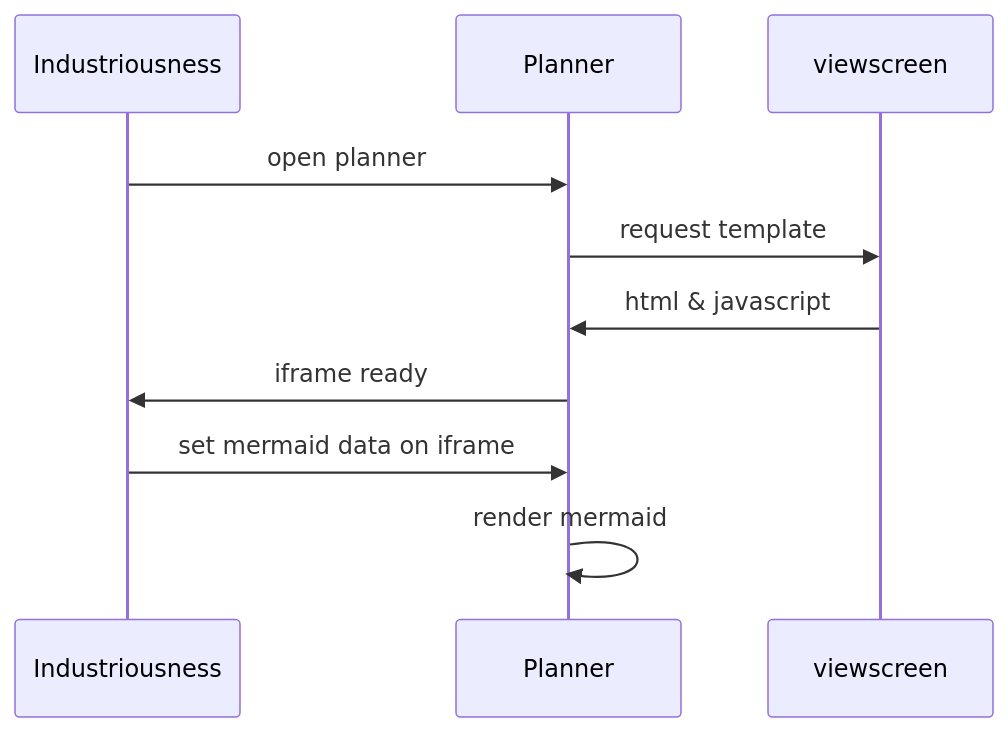
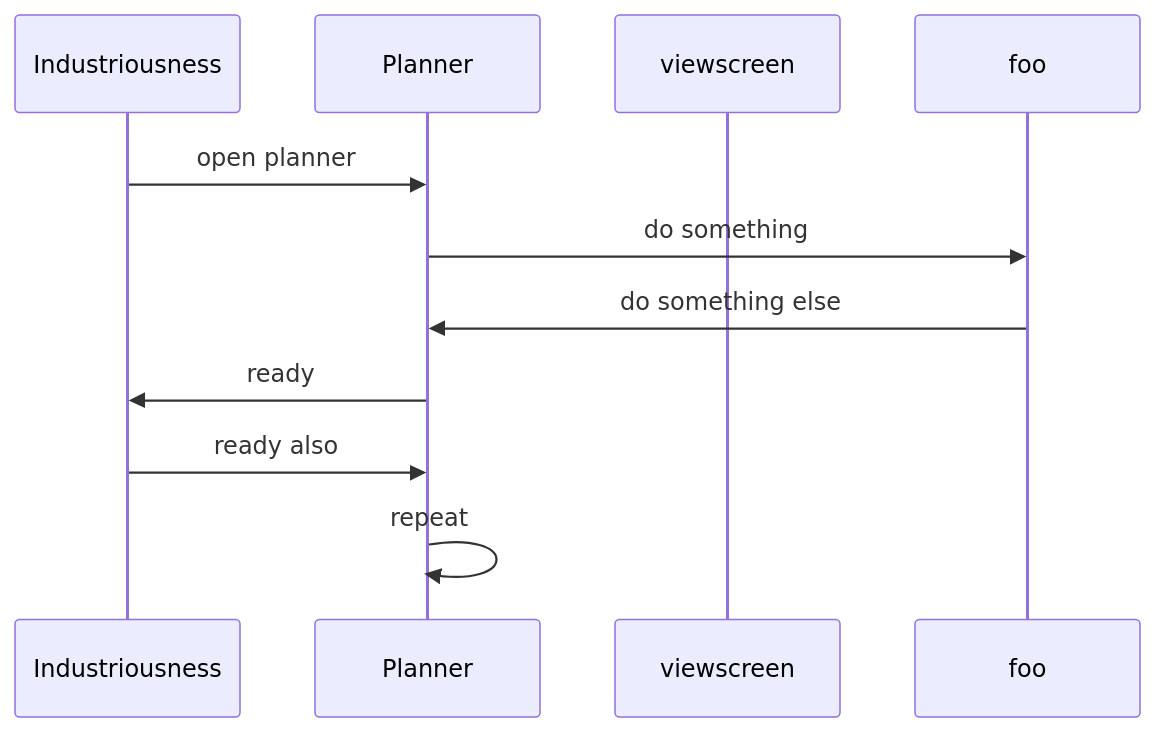
The second of 2 diagrams in 300/README.md (vanHeemstraSystems/industriousness), drawn with Mermaid before and after one commit.

````diff
--- a/300/README.md
+++ b/300/README.md
@@ -21,12 +21,12 @@
 ```mermaid
 sequenceDiagram
     participant Industriousness
     participant Planner
     participant viewscreen
     Industriousness->>Planner: open planner
-    Planner->>viewscreen: request template
-    viewscreen->>Planner: html & javascript
-    Planner->>Industriousness: iframe ready
-    Industriousness->>Planner: set mermaid data on iframe
-    Planner->>Planner: render mermaid
+    Planner->>foo: do something
+    foo->>Planner: do something else
+    Planner->>Industriousness: ready
+    Industriousness->>Planner: ready also
+    Planner->>Planner: repeat
 ```
````
